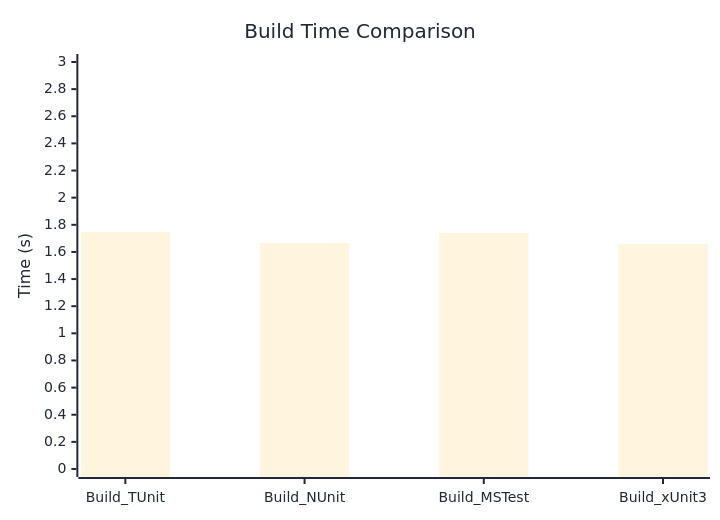
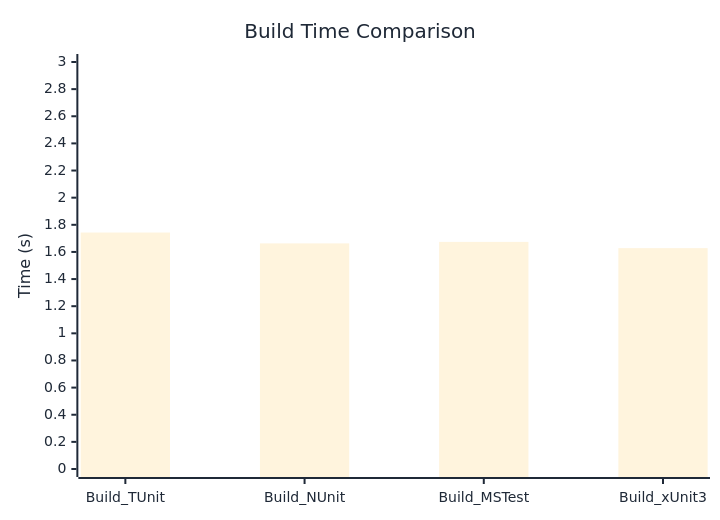
The diagram in docs/docs/benchmarks/BuildTime.md (thomhurst/TUnit), drawn with Mermaid before and after one commit. The commit also changed other lines of this file and 17 other files, not shown here.

````diff
--- a/docs/docs/benchmarks/BuildTime.md
+++ b/docs/docs/benchmarks/BuildTime.md
@@ -28,37 +28,37 @@
 ```mermaid
 %%{init: {
   'theme':'base',
   'themeVariables': {
     'primaryColor': '#2563eb',
     'primaryTextColor': '#1f2937',
     'primaryBorderColor': '#1e40af',
     'lineColor': '#6b7280',
     'secondaryColor': '#7c3aed',
     'tertiaryColor': '#dc2626',
     'background': '#ffffff',
     'mainBkg': '#2563eb',
     'secondBkg': '#7c3aed',
     'tertiaryBkg': '#dc2626',
     'clusterBkg': '#f3f4f6',
     'edgeLabelBackground': '#ffffff',
     'tertiaryTextColor': '#1f2937',
     'pie1': '#2563eb',
     'pie2': '#7c3aed',
     'pie3': '#dc2626',
     'pie4': '#f59e0b',
     'pie5': '#10b981',
     'pie6': '#06b6d4',
     'pie7': '#ec4899',
     'pie8': '#6366f1',
     'pie9': '#84cc16',
     'pie10': '#f97316',
     'pie11': '#14b8a6',
     'pie12': '#a855f7'
   }
 }}%%
 xychart-beta
   title "Build Time Comparison"
   x-axis ["Build_TUnit", "Build_NUnit", "Build_MSTest", "Build_xUnit3"]
   y-axis "Time (s)" 0 --> 3
-  bar [1.745, 1.665, 1.74, 1.657]
+  bar [1.743, 1.663, 1.674, 1.628]
 ```
````
